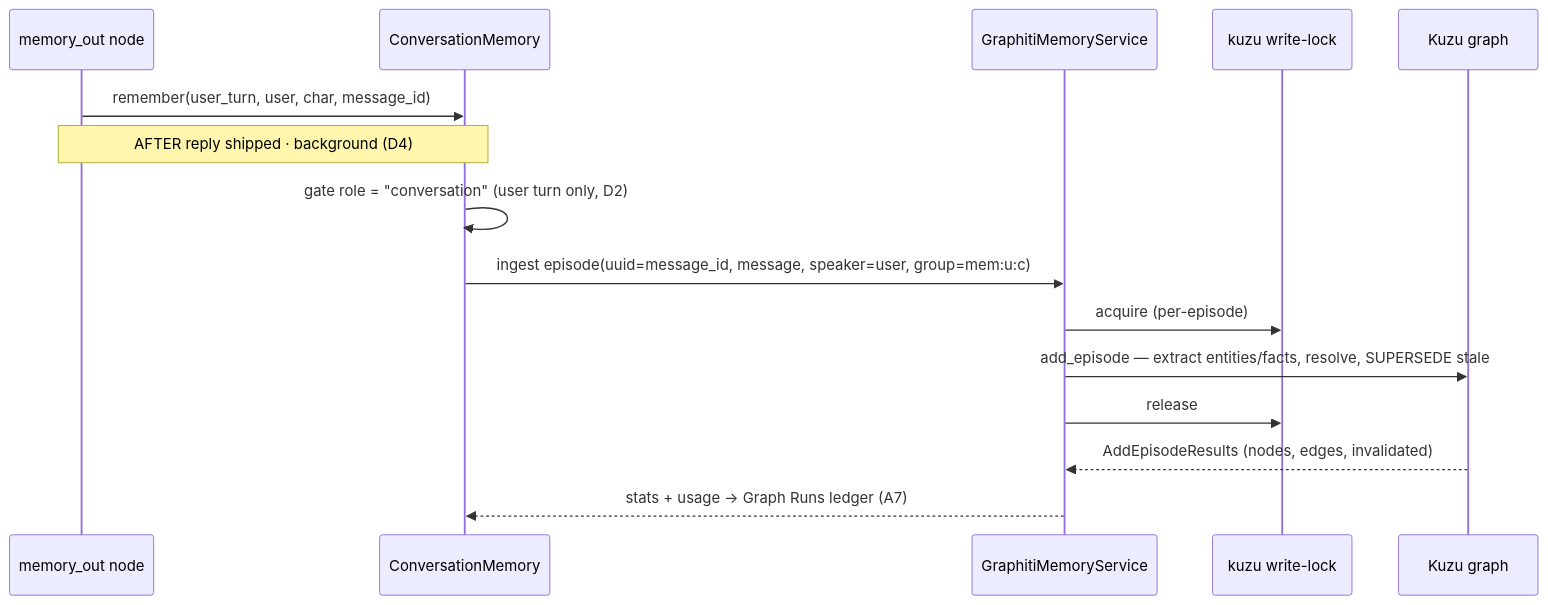
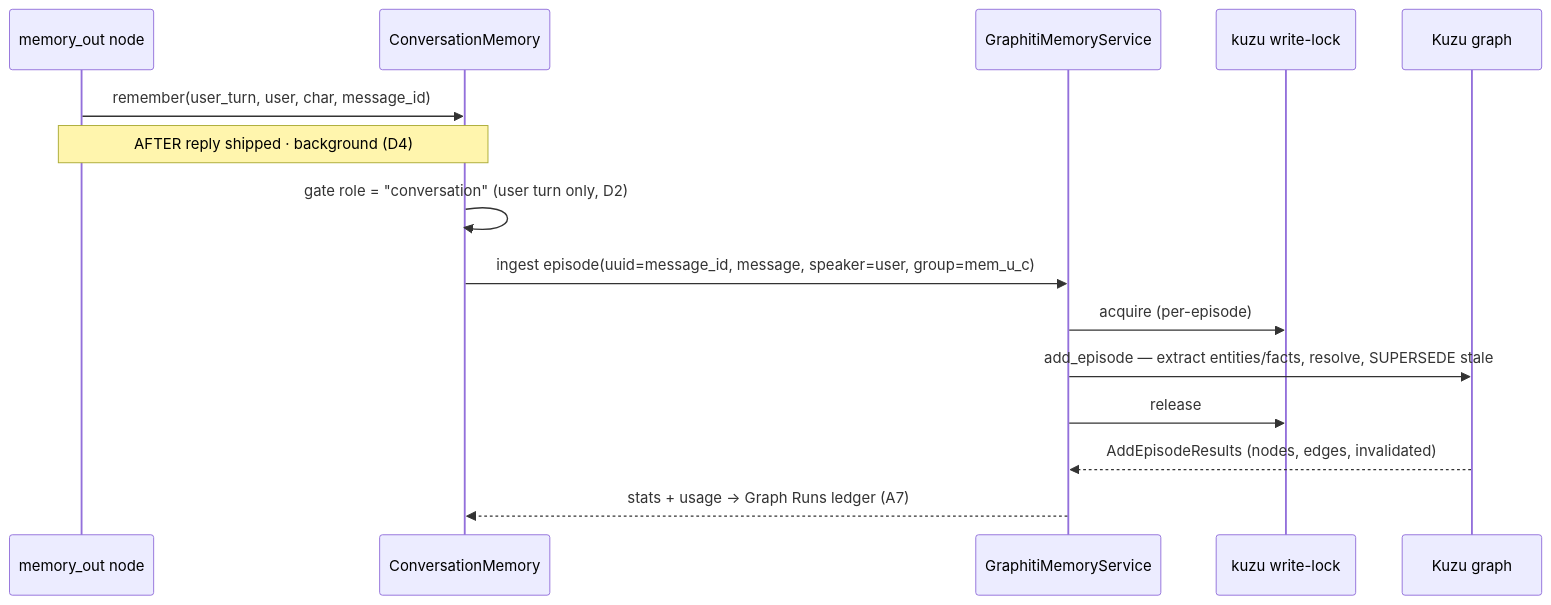
The sixth of 11 diagrams in docs/memory-graphiti-replacement-design.md (hiro-league/hiroleague), drawn with Mermaid before and after one commit. The commit also changed other lines of this file and 117 other files, not shown here.

Commit message:
graphiti settling in

````diff
--- a/docs/memory-graphiti-replacement-design.md
+++ b/docs/memory-graphiti-replacement-design.md
@@ -265,17 +273,17 @@
 ```mermaid
 sequenceDiagram
     participant N as memory_out node
     participant CM as ConversationMemory
     participant G as GraphitiMemoryService
     participant L as kuzu write-lock
     participant K as Kuzu graph
     N->>CM: remember(user_turn, user, char, message_id)
     Note over N,CM: AFTER reply shipped · background (D4)
     CM->>CM: gate role = "conversation" (user turn only, D2)
-    CM->>G: ingest episode(uuid=message_id, message, speaker=user, group=mem:u:c)
+    CM->>G: ingest episode(uuid=message_id, message, speaker=user, group=mem_u_c)
     G->>L: acquire (per-episode)
     G->>K: add_episode — extract entities/facts, resolve, SUPERSEDE stale
     G->>L: release
     K-->>G: AddEpisodeResults (nodes, edges, invalidated)
     G-->>CM: stats + usage → Graph Runs ledger (A7)
 ```
````
